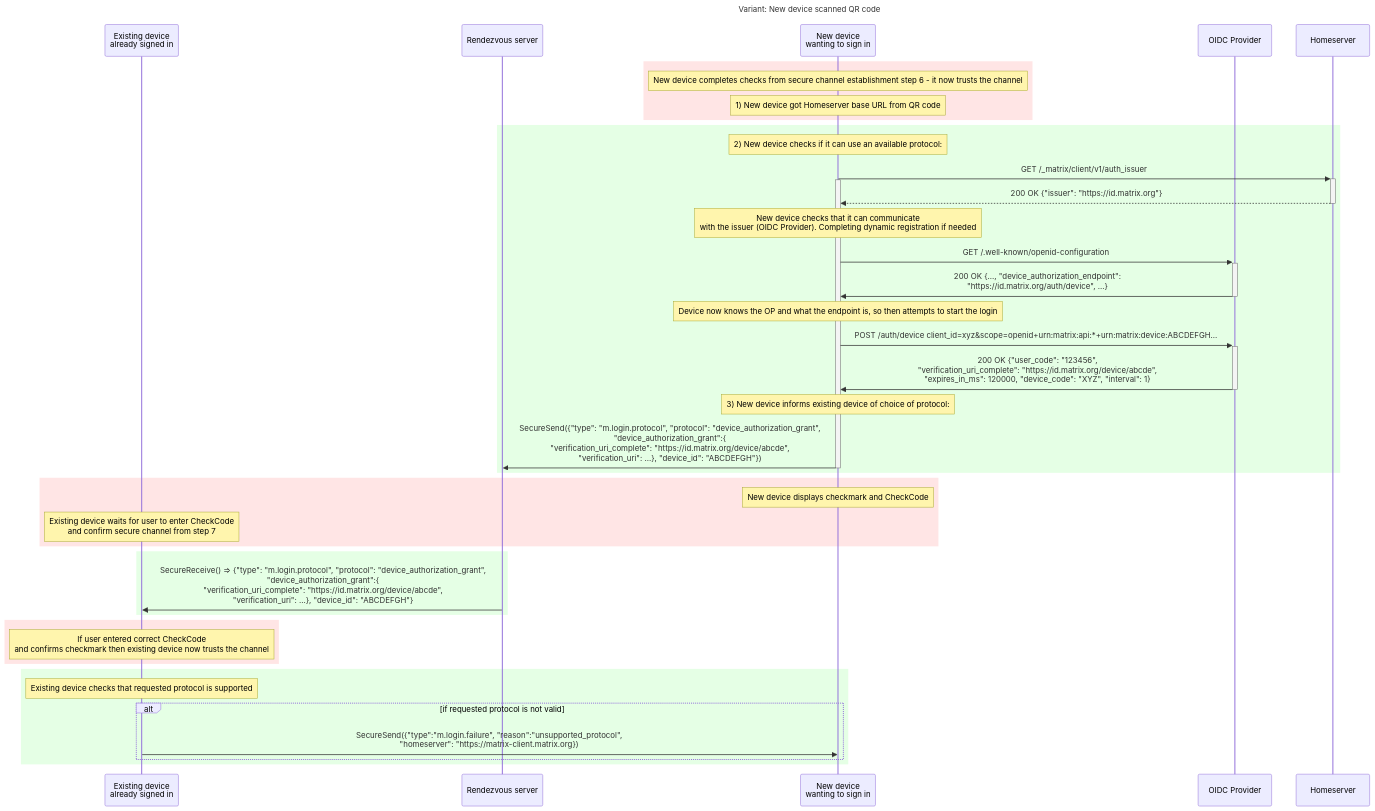
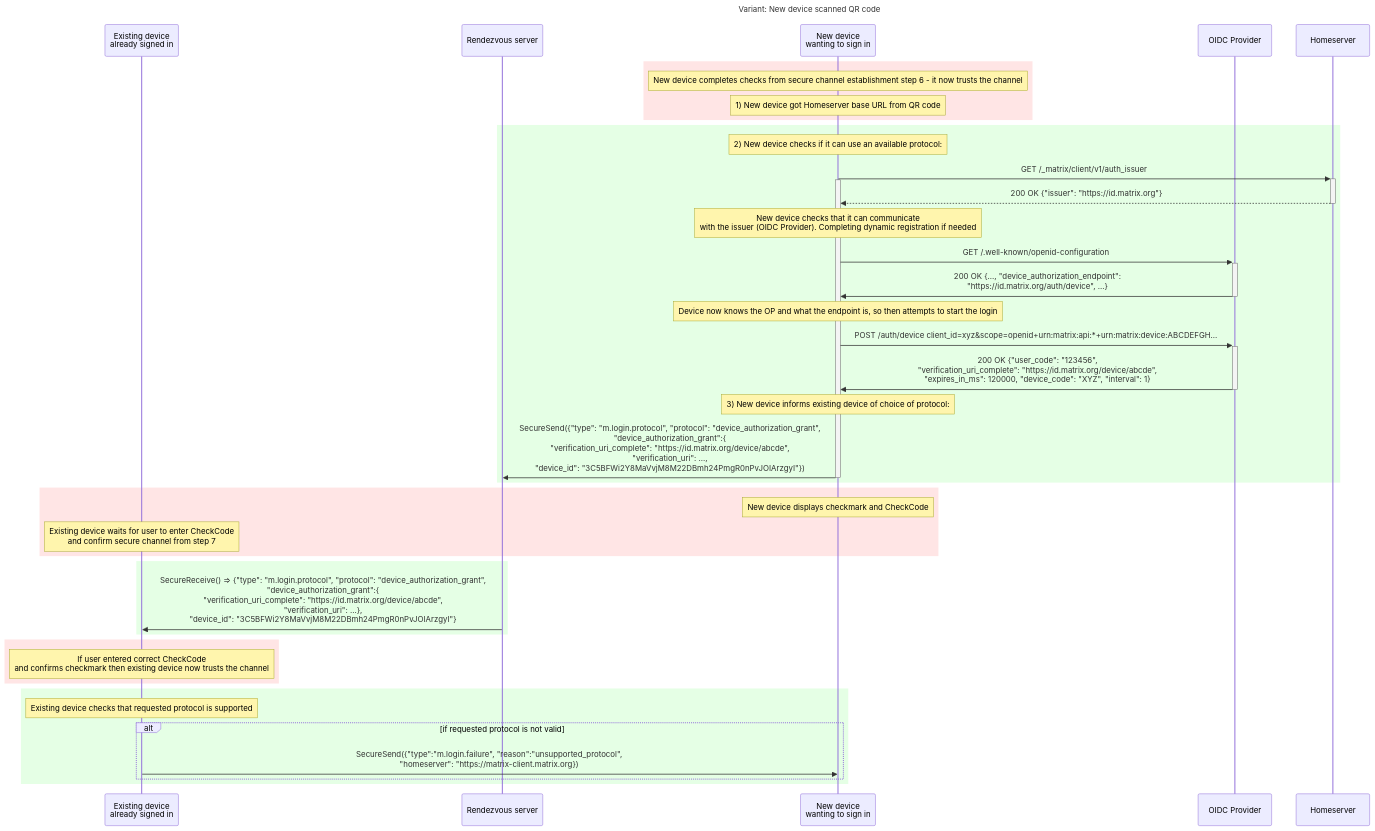
The third of 6 diagrams in proposals/4108-oidc-qr-login.md (matrix-org/matrix-spec-proposals), drawn with Mermaid before and after one commit. The commit also changed other lines of this file, not shown here.

Commit message:
Commit to device ID = identity key and prove ownership of that key.

````diff
--- a/proposals/4108-oidc-qr-login.md
+++ b/proposals/4108-oidc-qr-login.md
@@ -812,68 +820,68 @@
 ```mermaid
 sequenceDiagram
     title: Variant: New device scanned QR code
     participant E as Existing device <br>already signed in
     participant Z as Rendezvous server
     participant N as New device <br>wanting to sign in
     participant OP as OIDC Provider
     participant HS as Homeserver
 
 
     rect rgba(255,0,0, 0.1)
     #alt if New device scanned QR code
         note over N: New device completes checks from secure channel establishment step 6 - it now trusts the channel
         note over N: 1) New device got Homeserver base URL from QR code
 
     #else if Existing device scanned QR code
     #    note over E: Existing device completes step 6
     #    note over E: Existing device displays checkmark and CheckCode
     #    note over E: 1) Existing device sends m.login.protocols message
     #    E->>Z: SecureSend({"type":"m.login.protocols", "protocols":["device_authorization_grant],<br> "homeserver": "https://matrix-client.matrix.org"})
     #    note over N: New device waits for user to confirm secure channel from step 7
     #    Z->>N: SecureReceive() => {"type":"m.login.protocols", "protocols":["device_authorization_grant],<br> "homeserver": "https://matrix-client.matrix.org"}
     #    note over N: If user enters the correct CheckCode and confirms checkmark<br>then new device now trusts the channel, and uses the homeserver provided
     end
 
 
     rect rgba(0,255,0, 0.1)
     note over N: 2) New device checks if it can use an available protocol:
 
         N->>+HS: GET /_matrix/client/v1/auth_issuer
     activate N
         HS-->>-N: 200 OK {"issuer": "https://id.matrix.org"}
         Note over N: New device checks that it can communicate<br> with the issuer (OIDC Provider). Completing dynamic registration if needed 
         N->>+OP: GET /.well-known/openid-configuration
         OP->>-N: 200 OK {..., "device_authorization_endpoint":<br> "https://id.matrix.org/auth/device", ...}
         Note over N: Device now knows the OP and what the endpoint is, so then attempts to start the login
         N->>+OP: POST /auth/device client_id=xyz&scope=openid+urn:matrix:api:*+urn:matrix:device:ABCDEFGH...
         OP->>-N: 200 OK {"user_code": "123456",<br>"verification_uri_complete": "https://id.matrix.org/device/abcde",<br>"expires_in_ms": 120000, "device_code": "XYZ", "interval": 1}
         note over N: 3) New device informs existing device of choice of protocol:
-        N->>Z: SecureSend({"type": "m.login.protocol", "protocol": "device_authorization_grant",<br> "device_authorization_grant":{<br>"verification_uri_complete": "https://id.matrix.org/device/abcde",<br>"verification_uri": ...}, "device_id": "ABCDEFGH"})
+        N->>Z: SecureSend({"type": "m.login.protocol", "protocol": "device_authorization_grant",<br> "device_authorization_grant":{<br>"verification_uri_complete": "https://id.matrix.org/device/abcde",<br>"verification_uri": ...,<br>"device_id": "3C5BFWi2Y8MaVvjM8M22DBmh24PmgR0nPvJOIArzgyI"})
 
     deactivate N
     end
 
     rect rgba(255,0,0, 0.1)
     # alt if New device scanned QR code
         note over N: New device displays checkmark and CheckCode
         note over E: Existing device waits for user to enter CheckCode<br>and confirm secure channel from step 7
     end
 
     rect rgba(0,255,0, 0.1)
-        Z->>E: SecureReceive() => {"type": "m.login.protocol", "protocol": "device_authorization_grant",<br> "device_authorization_grant":{<br>"verification_uri_complete": "https://id.matrix.org/device/abcde",<br>"verification_uri": ...}, "device_id": "ABCDEFGH"}
+        Z->>E: SecureReceive() => {"type": "m.login.protocol", "protocol": "device_authorization_grant",<br> "device_authorization_grant":{<br>"verification_uri_complete": "https://id.matrix.org/device/abcde",<br>"verification_uri": ...},<br>"device_id": "3C5BFWi2Y8MaVvjM8M22DBmh24PmgR0nPvJOIArzgyI"}
     end
 
     rect rgba(255,0,0, 0.1)
     # alt if New device scanned QR code
         note over E: If user entered correct CheckCode<br>and confirms checkmark then existing device now trusts the channel
     end
 
 
     rect rgba(0,255,0, 0.1)
     note over E: Existing device checks that requested protocol is supported
 
     alt if requested protocol is not valid
         E->>N: SecureSend({"type":"m.login.failure", "reason":"unsupported_protocol",<br>"homeserver": "https://matrix-client.matrix.org})
     end
     end
 ```
````
